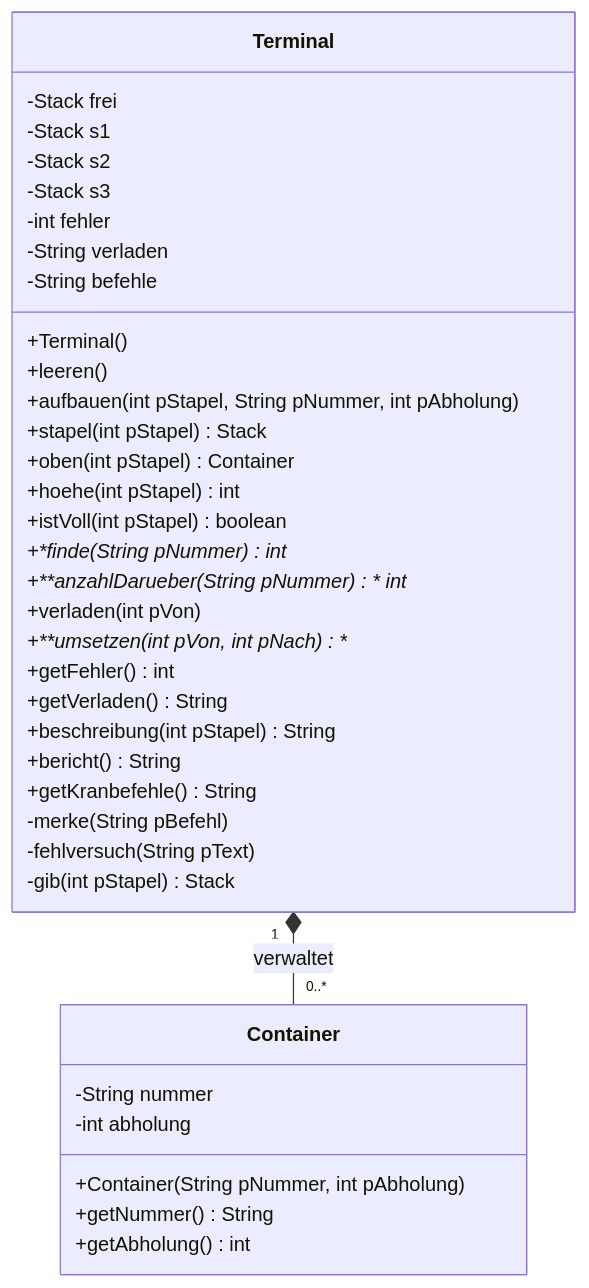
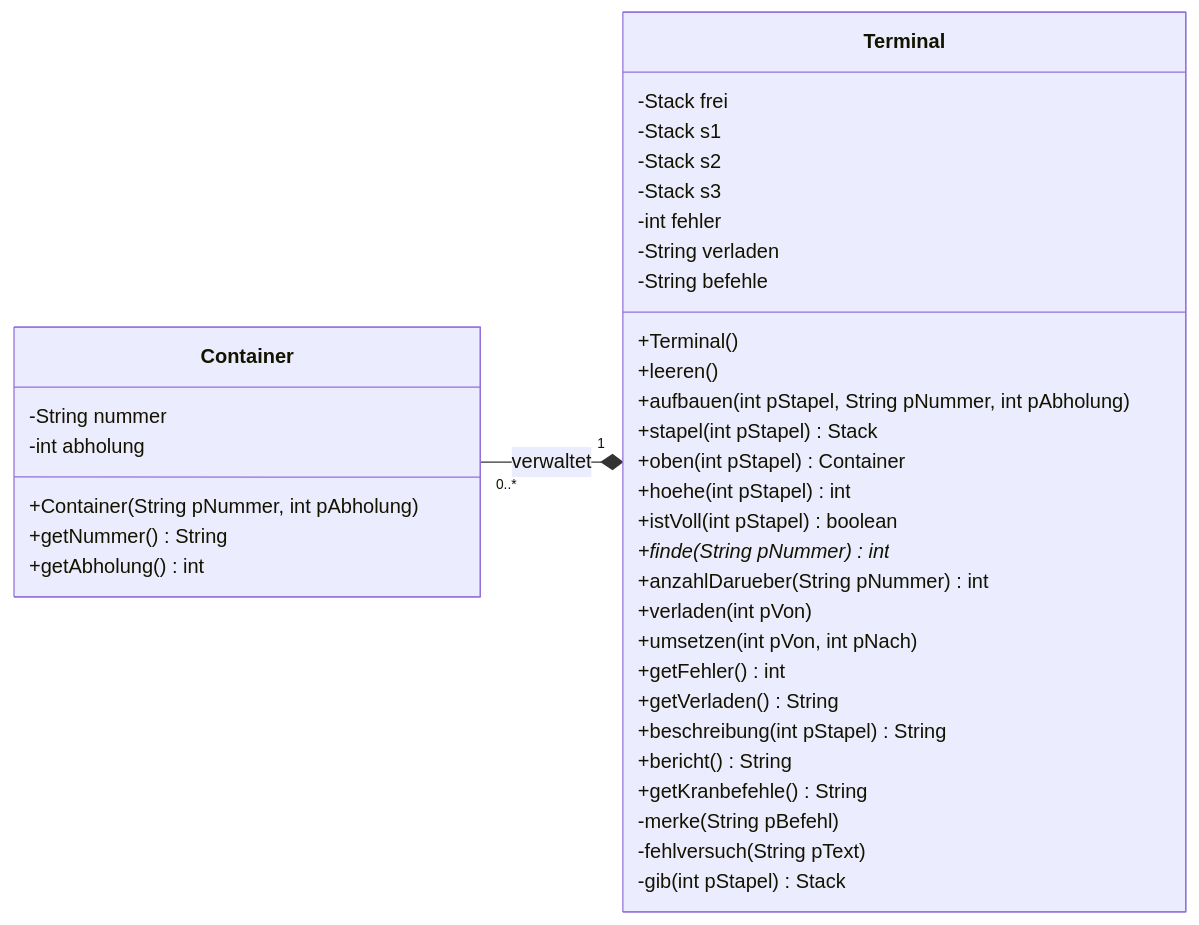
The diagram in book/oberstufe/oop/02-erweiterungen/04-lineare-datenstrukturen/stapel/containerterminal-kran.md (openpatch/hyperbook-informatik), drawn with Mermaid before and after one commit.

````diff
--- a/book/oberstufe/oop/02-erweiterungen/04-lineare-datenstrukturen/stapel/containerterminal-kran.md
+++ b/book/oberstufe/oop/02-erweiterungen/04-lineare-datenstrukturen/stapel/containerterminal-kran.md
@@ -20,41 +20,42 @@
 ```mermaid
 classDiagram
+    direction RL
     class Terminal {
         -Stack<Container> frei
         -Stack<Container> s1
         -Stack<Container> s2
         -Stack<Container> s3
         -int fehler
         -String verladen
         -String befehle
         +Terminal()
         +leeren()
         +aufbauen(int pStapel, String pNummer, int pAbholung)
         +stapel(int pStapel) Stack<Container>
         +oben(int pStapel) Container
         +hoehe(int pStapel) int
         +istVoll(int pStapel) boolean
-        +*finde(String pNummer)* int
-        +**anzahlDarueber(String pNummer)** int
+        +finde(String pNummer)* int
+        +anzahlDarueber(String pNummer) int
         +verladen(int pVon)
-        +**umsetzen(int pVon, int pNach)**
+        +umsetzen(int pVon, int pNach)
         +getFehler() int
         +getVerladen() String
         +beschreibung(int pStapel) String
         +bericht() String
         +getKranbefehle() String
         -merke(String pBefehl)
         -fehlversuch(String pText)
         -gib(int pStapel) Stack<Container>
     }
 
     class Container {
         -String nummer
         -int abholung
         +Container(String pNummer, int pAbholung)
         +getNummer() String
         +getAbholung() int
     }
 
     Terminal "1" *-- "0..*" Container : verwaltet
 ```
````
